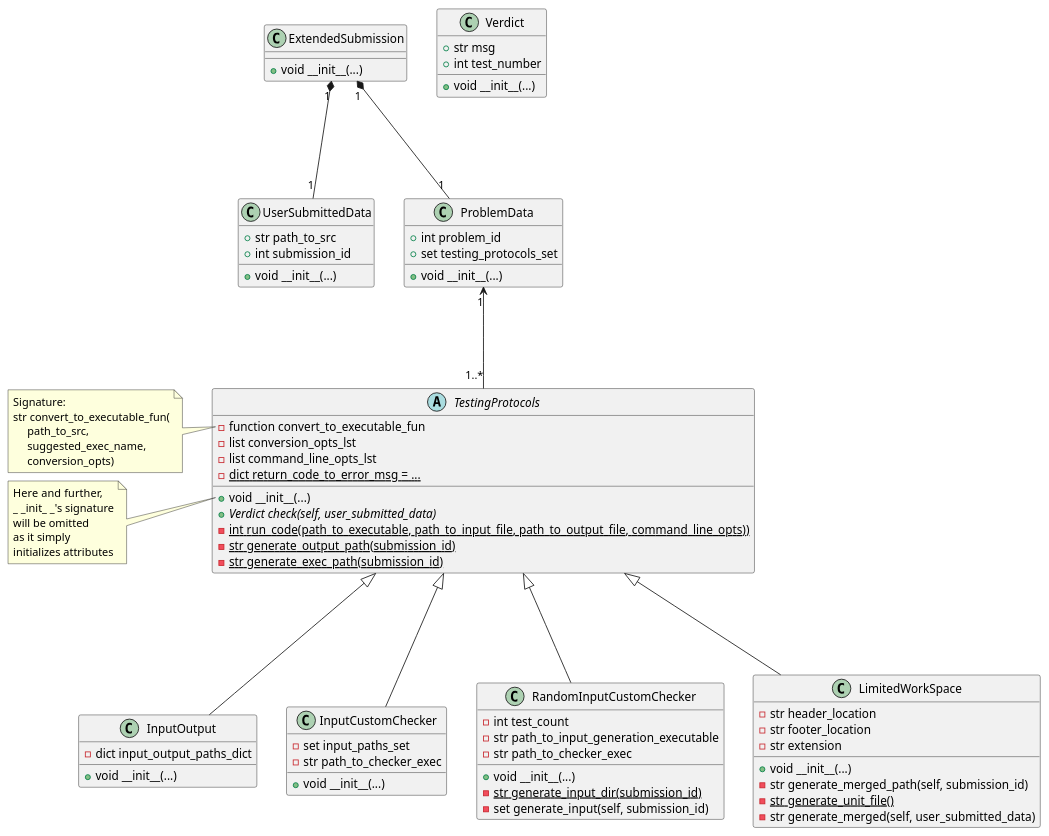
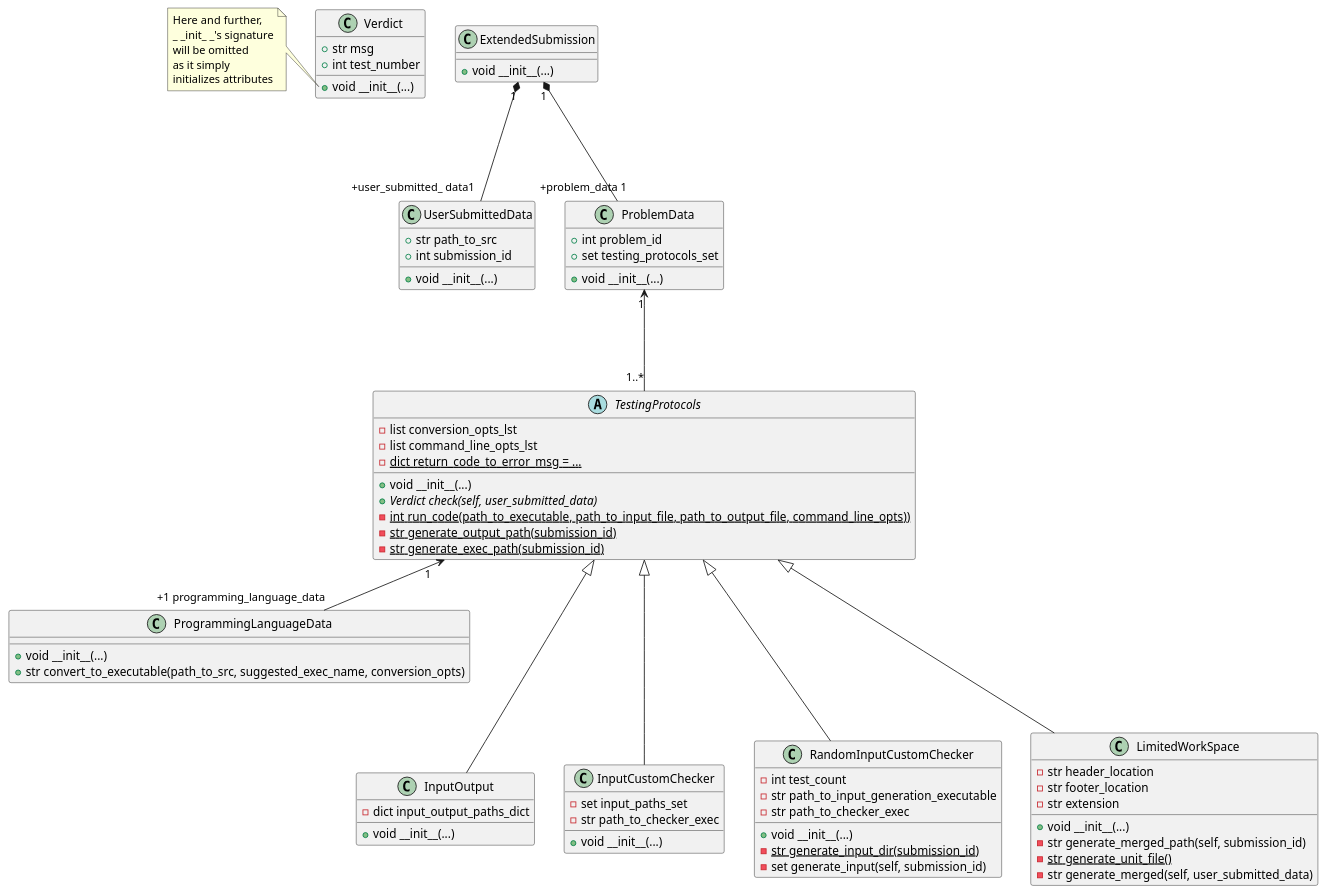
Before and after one commit to IgorZhiltsoff/TPy_project: the diagram in TestingSystem/TestingProtocols/testing_protocols_class_diagram.puml, drawn with PlantUML. The commit also changed 4 other files, not shown here.

Commit message:
Added __init__(...) to TestingProtocols Implemented ProgrammingLanguageData Edited README.md Enhanced puml diagram

```diff
--- a/TestingSystem/TestingProtocols/testing_protocols_class_diagram.puml
+++ b/TestingSystem/TestingProtocols/testing_protocols_class_diagram.puml
@@ -1,104 +1,112 @@
 @startuml
 'https://plantuml.com/class-diagram
+
+' ============================ AUX ===========================
 
 class Verdict {
     +str msg
     +int test_number
 
     +void __init__(...)
 }
+note left of Verdict::__init__
+Here and further,
+_ _init_ _'s signature
+will be omitted
+as it simply
+initializes attributes
+end note
+
 
 class UserSubmittedData {
     +str path_to_src
     +int submission_id
 
     +void __init__(...)
 }
 
+
+class ProgrammingLanguageData {
+        +void __init__(...)
+        +str convert_to_executable(path_to_src, suggested_exec_name, conversion_opts)
+}
+
+
+' ========================== PROTOCOLS =========================
+
 abstract class TestingProtocols {
-    -function convert_to_executable_fun
     -list conversion_opts_lst
     -list command_line_opts_lst
     -{static} dict return_code_to_error_msg = ...
 
     +void __init__(...)
     +{abstract} Verdict check(self, user_submitted_data)
     -{static} int run_code(path_to_executable, path_to_input_file, path_to_output_file, command_line_opts))
     -{static} str generate_output_path(submission_id)
     -{static} str generate_exec_path(submission_id)
 }
-note left of TestingProtocols::convert_to_executable_fun
-Signature:
-str convert_to_executable_fun(
-     path_to_src,
-     suggested_exec_name,
-     conversion_opts)
-end note
 
-note left of TestingProtocols::__init__
-Here and further,
-_ _init_ _'s signature
-will be omitted
-as it simply
-initializes attributes
-end note
+TestingProtocols "1" <-- "+1 programming_language_data" ProgrammingLanguageData
 
 class InputOutput {
     -dict input_output_paths_dict
 
     +void __init__(...)
 }
 
 class InputCustomChecker {
     -set input_paths_set
     -str path_to_checker_exec
 
     +void __init__(...)
 }
 
 class RandomInputCustomChecker {
     -int test_count
     -str path_to_input_generation_executable
     -str path_to_checker_exec
 
 
     +void __init__(...)
     -{static} str generate_input_dir(submission_id)
     -set generate_input(self, submission_id)
 }
 
 class LimitedWorkSpace {
     -str header_location
     -str footer_location
     -str extension
 
     +void __init__(...)
     -str generate_merged_path(self, submission_id)
     -{static} str generate_unit_file()
     -str generate_merged(self, user_submitted_data)
 }
 
 
 TestingProtocols <|--- InputCustomChecker
 TestingProtocols <|--- RandomInputCustomChecker
 TestingProtocols <|--- LimitedWorkSpace
 TestingProtocols <|--- InputOutput
 
+
+' ============================ AUX ===========================
+
 class ProblemData {
     +int problem_id
     +set testing_protocols_set
 
     +void __init__(...)
 }
 
 ProblemData "1" <--- "1..*" TestingProtocols
 
+
 class ExtendedSubmission {
     +void __init__(...)
 }
 
-ExtendedSubmission "1" *--- "1" ProblemData
-ExtendedSubmission "1" *--- "1" UserSubmittedData
-
+ExtendedSubmission "1" *--- "+problem_data 1" ProblemData
+ExtendedSubmission "1" *--- "+user_submitted_ data1" UserSubmittedData
 
 @enduml
```
